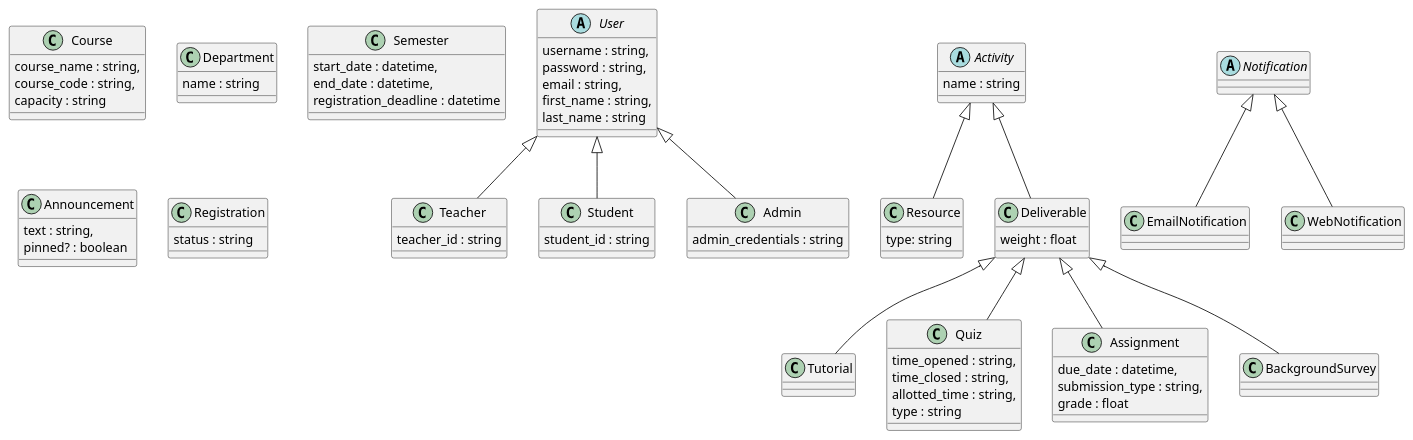
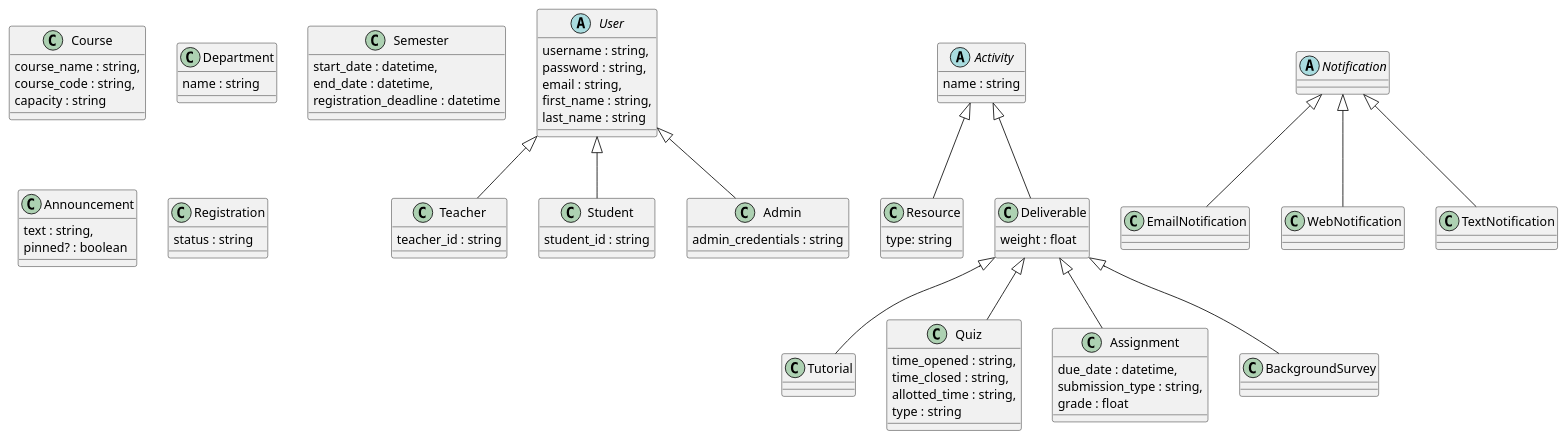
The diagram in docs/class_diagram.puml (will-r-wang/CMSLearn-Course-Management-System), drawn with PlantUML before and after one commit. The commit also changed 12 other files, not shown here.

Commit message:
[Documentation] Update diagrams

```diff
--- a/docs/class_diagram.puml
+++ b/docs/class_diagram.puml
@@ -1,91 +1,93 @@
 @startuml
 abstract class User {
   username : string,
   password : string,
   email : string,
   first_name : string,
   last_name : string
 }
 
 class Teacher {
   teacher_id : string
 }
 
 class Student {
   student_id : string
 }
 
 class Admin {
   admin_credentials : string
 }
 
 class Course {
   course_name : string,
   course_code : string,
   capacity : string
 }
 
 class Department {
   name : string
 }
 
 class Semester {
   start_date : datetime,
   end_date : datetime,
   registration_deadline : datetime
 }
 
 abstract class Activity {
   name : string
 }
 
 class Resource {
   type: string
 }
 
 abstract class Deliverable {
   weight : float
 }
 
 class Tutorial
 class Quiz {
   time_opened : string,
   time_closed : string,
   allotted_time : string,
   type : string
 }
 
 class Assignment {
   due_date : datetime,
   submission_type : string,
   grade : float
 }
 
 class BackgroundSurvey
 
 class Announcement {
   text : string,
   pinned? : boolean
 }
 
 class Registration {
   status : string
 }
 
 abstract class Notification
 class EmailNotification
 class WebNotification
+class TextNotification
 
 class Teacher extends User
 class Student extends User
 class Admin extends User
 class Resource extends Activity
 class Deliverable extends Activity
 class Tutorial extends Deliverable
 class Quiz extends Deliverable
 class Assignment extends Deliverable
 class BackgroundSurvey extends Deliverable
 class EmailNotification extends Notification
 class WebNotification extends Notification
+class TextNotification extends Notification
 
 @enduml
```
